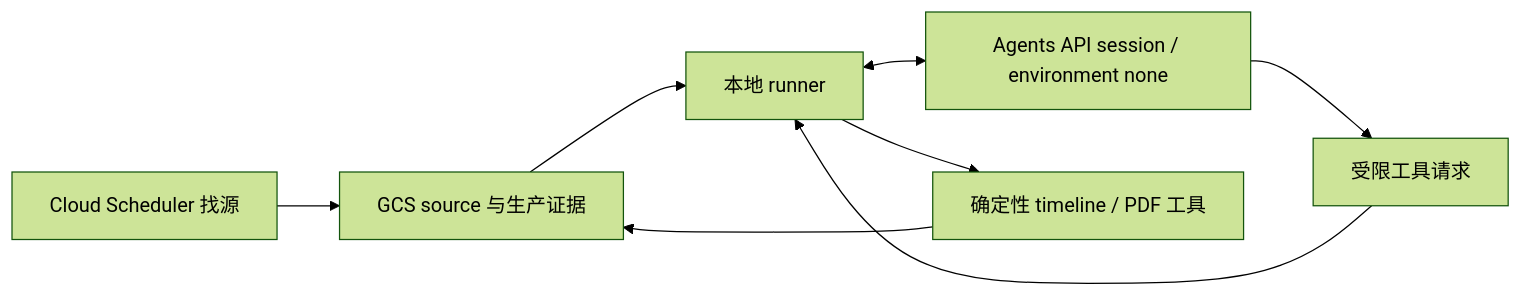
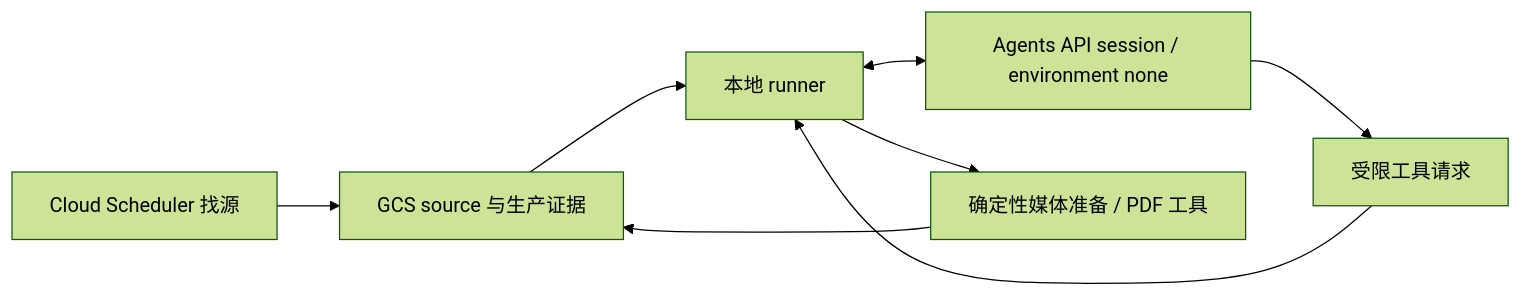
Before and after one commit to JonathanJing/sermon-video-zh-subtitles: the diagram in docs/sermon-production-supervisor-agent.zh.md, drawn with Mermaid (forest theme). The commit also changed other lines of this file and 29 other files, not shown here.

````diff
--- a/docs/sermon-production-supervisor-agent.zh.md
+++ b/docs/sermon-production-supervisor-agent.zh.md
@@ -20,10 +20,10 @@
 ```mermaid
 flowchart LR
     D[Cloud Scheduler 找源] --> G[GCS source 与生产证据]
     L[本地 runner] <--> A[Agents API session / environment none]
     A --> T[受限工具请求]
     T --> L
-    L --> P[确定性 timeline / PDF 工具]
+    L --> P[确定性媒体准备 / PDF 工具]
     P --> G
     G --> L
 ```
````
